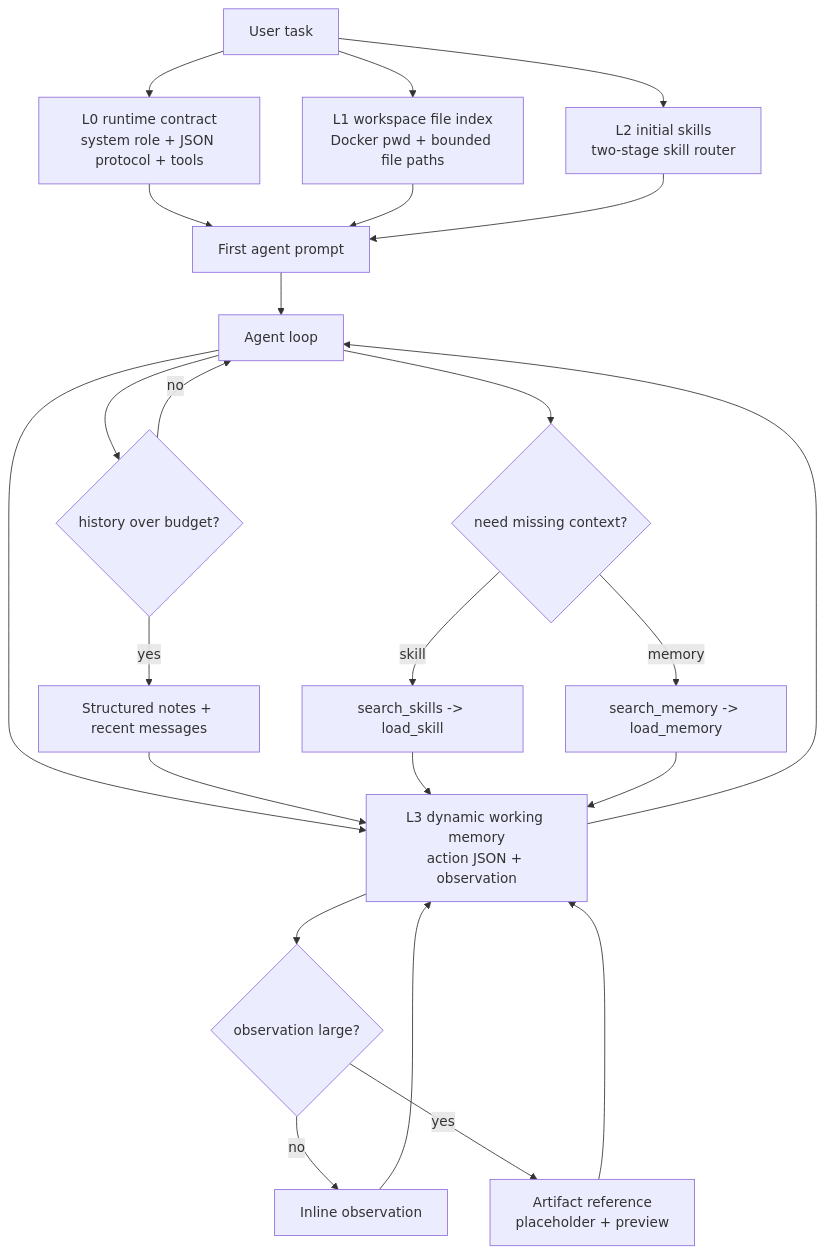
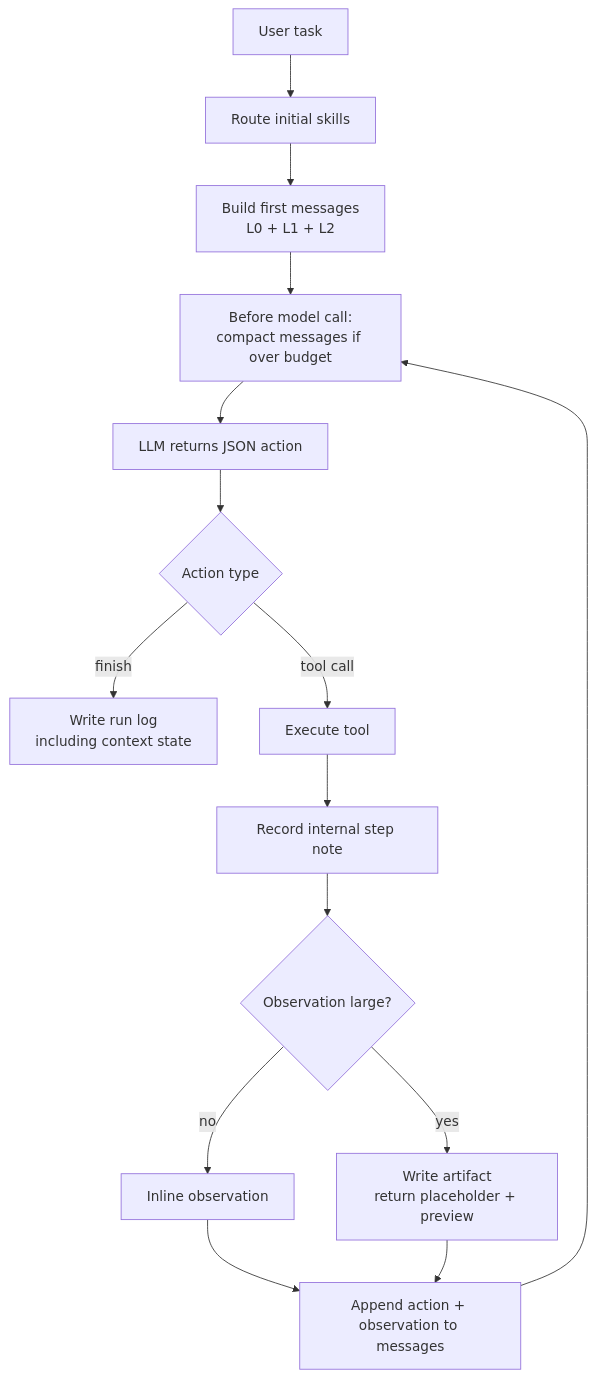
Before and after one commit to Cachuela11/MiniCode: the fourth of 5 diagrams in README.md, drawn with Mermaid. The commit also changed other lines of this file, not shown here.

Commit message:
update context

````diff
--- a/README.md
+++ b/README.md
@@ -168,26 +170,17 @@
 ```mermaid
 flowchart TD
-    A[User task] --> L0[L0 runtime contract<br/>system role + JSON protocol + tools]
-    A --> L1[L1 workspace file index<br/>Docker pwd + bounded file paths]
-    A --> L2[L2 initial skills<br/>two-stage skill router]
-    L0 --> P[First agent prompt]
-    L1 --> P
-    L2 --> P
-    P --> LOOP[Agent loop]
-    LOOP --> L3[L3 dynamic working memory<br/>action JSON + observation]
-    L3 --> C{observation large?}
-    C -->|no| I[Inline observation]
-    C -->|yes| A4[Artifact reference<br/>placeholder + preview]
-    I --> L3
-    A4 --> L3
-    LOOP --> B{history over budget?}
-    B -->|yes| N[Structured notes + recent messages]
-    N --> L3
-    B -->|no| LOOP
-    LOOP --> D{need missing context?}
-    D -->|skill| S[search_skills -> load_skill]
-    D -->|memory| M[search_memory -> load_memory]
-    S --> L3
-    M --> L3
-    L3 --> LOOP
+    A[User task] --> B[Route initial skills]
+    B --> C[Build first messages<br/>L0 + L1 + L2]
+    C --> D[Before model call:<br/>compact messages if over budget]
+    D --> E[LLM returns JSON action]
+    E --> F{Action type}
+    F -->|finish| G[Write run log<br/>including context state]
+    F -->|tool call| H[Execute tool]
+    H --> I[Record internal step note]
+    I --> J{Observation large?}
+    J -->|no| K[Inline observation]
+    J -->|yes| L[Write artifact<br/>return placeholder + preview]
+    K --> M[Append action + observation to messages]
+    L --> M
+    M --> D
 ```
````
